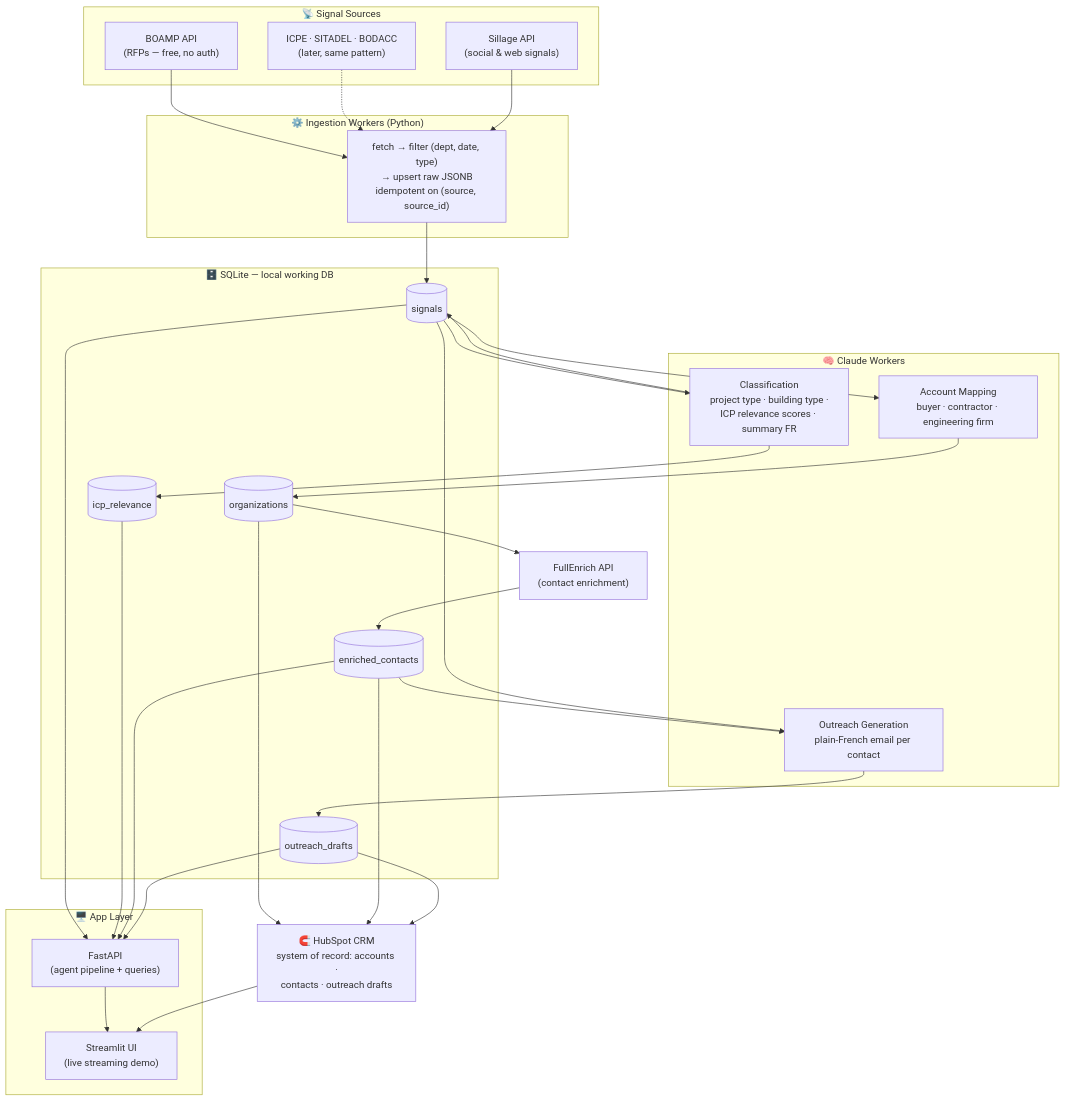
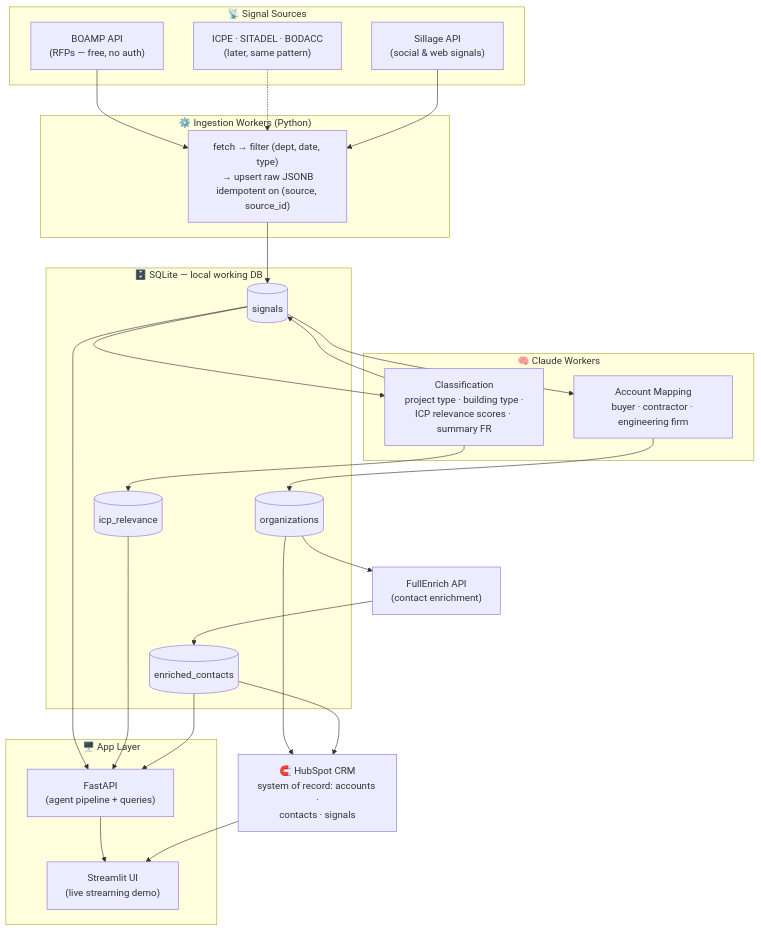
One commit to ridershow/agentic-gtm-hackathon changed the first of 2 diagrams in docs/architecture.md. Above: the diagram before and after it, drawn with Mermaid. The commit also changed other lines of this file, not shown here.

Commit message:
Purge outreach from architecture flowchart

````diff
--- a/docs/architecture.md
+++ b/docs/architecture.md
@@ -7,59 +7,52 @@
 ```mermaid
 flowchart TB
     subgraph sources["📡 Signal Sources"]
         BOAMP["BOAMP API<br/>(RFPs — free, no auth)"]
         LATER["ICPE · SITADEL · BODACC<br/>(later, same pattern)"]
         SILLAGE["Sillage API<br/>(social & web signals)"]
     end
 
     subgraph ingestion["⚙️ Ingestion Workers (Python)"]
         INGEST["fetch → filter (dept, date, type)<br/>→ upsert raw JSONB<br/>idempotent on (source, source_id)"]
     end
 
     subgraph ai["🧠 Claude Workers"]
         CLASSIFY["Classification<br/>project type · building type ·<br/>ICP relevance scores · summary FR"]
         MAP["Account Mapping<br/>buyer · contractor · engineering firm"]
-        WRITE["Outreach Generation<br/>plain-French email per contact"]
     end
 
     subgraph db["🗄️ SQLite — local working DB"]
         SIGNALS[("signals")]
         ORGS[("organizations")]
         ICP[("icp_relevance")]
         CONTACTS[("enriched_contacts")]
-        DRAFTS[("outreach_drafts")]
     end
 
     FULLENRICH["FullEnrich API<br/>(contact enrichment)"]
 
-    HUBSPOT["🧲 HubSpot CRM<br/>system of record: accounts ·<br/>contacts · outreach drafts"]
+    HUBSPOT["🧲 HubSpot CRM<br/>system of record: accounts ·<br/>contacts · signals"]
 
     subgraph app["🖥️ App Layer"]
         API["FastAPI<br/>(agent pipeline + queries)"]
         UI["Streamlit UI<br/>(live streaming demo)"]
     end
 
     BOAMP --> INGEST
     LATER -.-> INGEST
     SILLAGE --> INGEST
     INGEST --> SIGNALS
     SIGNALS --> CLASSIFY
     CLASSIFY --> ICP
     CLASSIFY --> SIGNALS
     SIGNALS --> MAP
     MAP --> ORGS
     ORGS --> FULLENRICH
     FULLENRICH --> CONTACTS
-    CONTACTS --> WRITE
-    SIGNALS --> WRITE
-    WRITE --> DRAFTS
     ORGS --> HUBSPOT
     CONTACTS --> HUBSPOT
-    DRAFTS --> HUBSPOT
     SIGNALS --> API
     ICP --> API
     CONTACTS --> API
-    DRAFTS --> API
     API --> UI
     HUBSPOT --> UI
 ```
````
